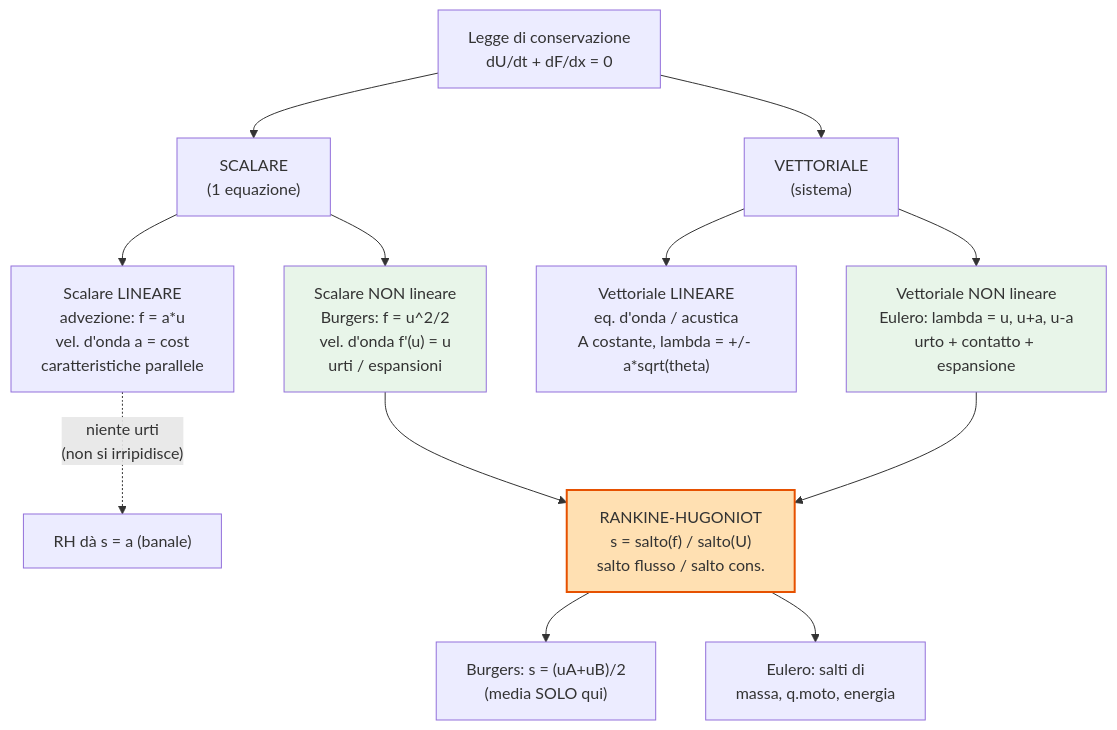
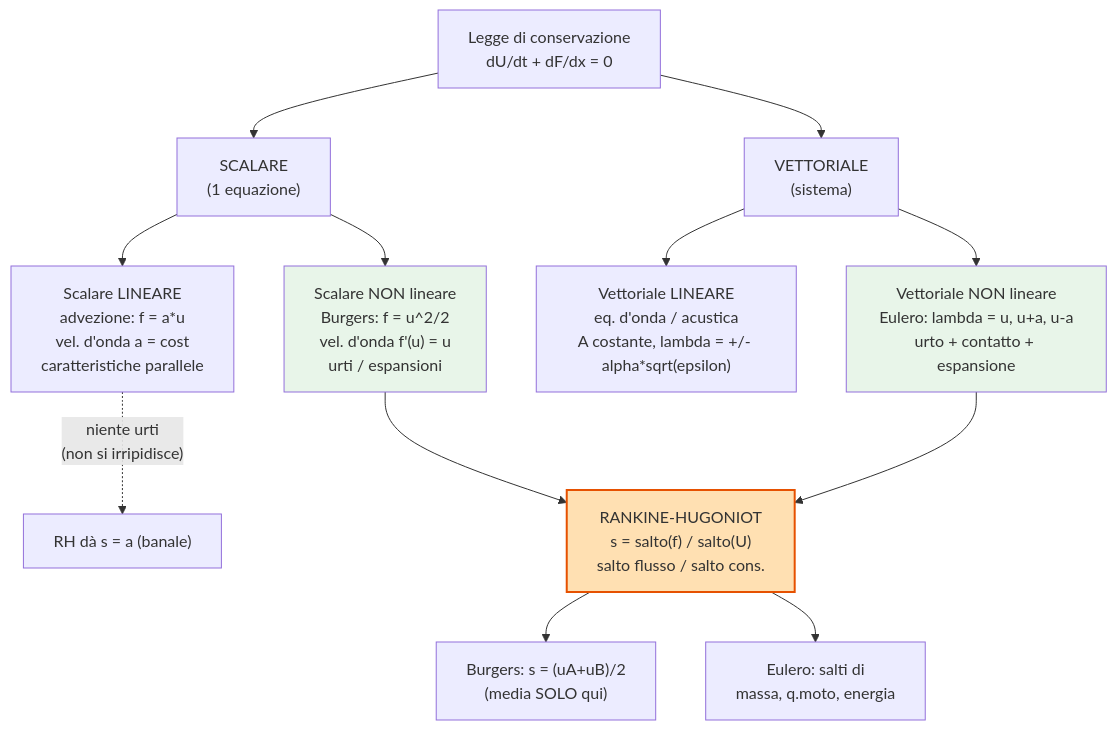
The diagram in teoria/caratteristiche.md (293459/SP), drawn with Mermaid before and after one commit. The commit also changed other lines of this file and 3 other files, not shown here.

````diff
--- a/teoria/caratteristiche.md
+++ b/teoria/caratteristiche.md
@@ -574,20 +719,20 @@
 ```mermaid
 graph TD
     PDE["Legge di conservazione<br/>dU/dt + dF/dx = 0"] --> SCAL["SCALARE<br/>(1 equazione)"]
     PDE --> VETT["VETTORIALE<br/>(sistema)"]
 
     SCAL --> SL["Scalare LINEARE<br/>advezione: f = a*u<br/>vel. d'onda a = cost<br/>caratteristiche parallele"]
     SCAL --> SNL["Scalare NON lineare<br/>Burgers: f = u^2/2<br/>vel. d'onda f'(u) = u<br/>urti / espansioni"]
-    VETT --> VL["Vettoriale LINEARE<br/>eq. d'onda / acustica<br/>A costante, lambda = +/- a*sqrt(theta)"]
+    VETT --> VL["Vettoriale LINEARE<br/>eq. d'onda / acustica<br/>A costante, lambda = +/- alpha*sqrt(epsilon)"]
     VETT --> VNL["Vettoriale NON lineare<br/>Eulero: lambda = u, u+a, u-a<br/>urto + contatto + espansione"]
 
     SL -. "niente urti<br/>(non si irripidisce)" .-> NORH["RH dà s = a (banale)"]
     SNL --> RH["RANKINE-HUGONIOT<br/>s = salto(f) / salto(U)<br/>salto flusso / salto cons."]
     VNL --> RH
     RH --> BUR["Burgers: s = (uA+uB)/2<br/>(media SOLO qui)"]
     RH --> EUL["Eulero: salti di<br/>massa, q.moto, energia"]
 
     style RH fill:#ffe0b2,stroke:#e65100,stroke-width:2px
     style SNL fill:#e8f5e9
     style VNL fill:#e8f5e9
 ```
````
